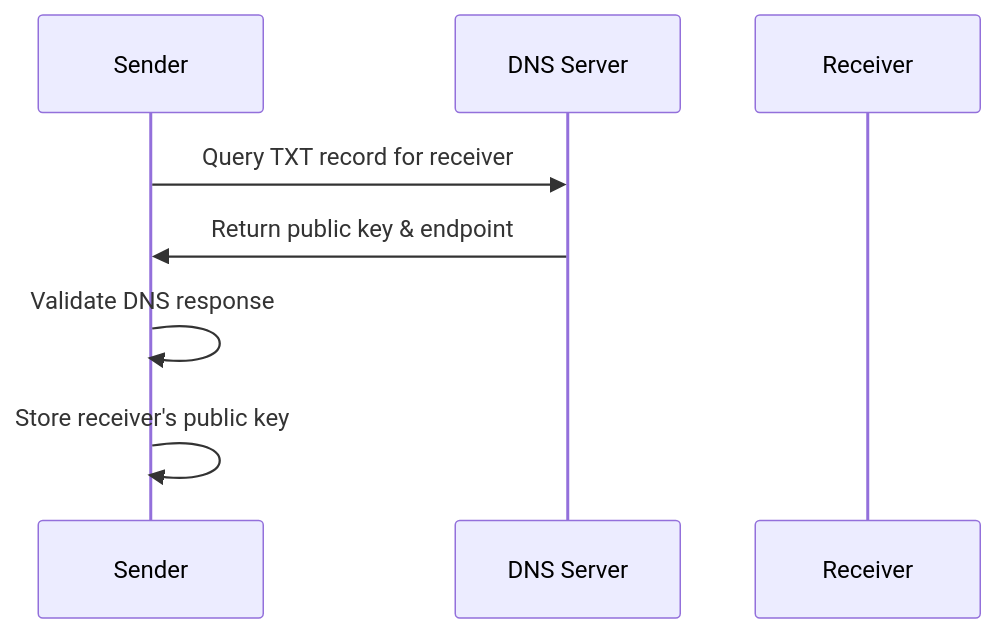
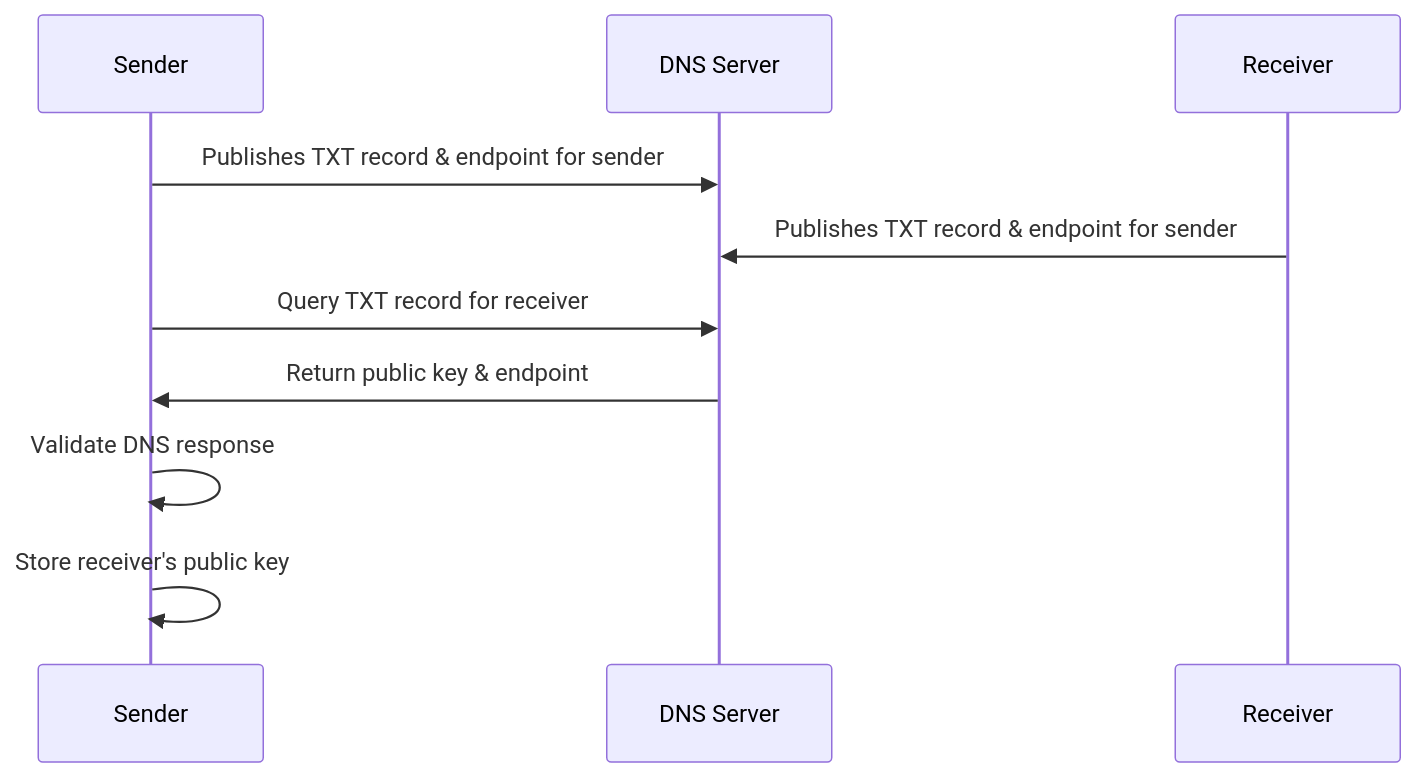
Before and after one commit to openbtps/btps-node: the second of 7 diagrams in docs/docusaurus/docs/protocol/messageFlow.md, drawn with Mermaid. The commit also changed other lines of this file and 28 other files, not shown here.

````diff
--- a/docs/docusaurus/docs/protocol/messageFlow.md
+++ b/docs/docusaurus/docs/protocol/messageFlow.md
@@ -111,11 +112,13 @@
 ```mermaid
 sequenceDiagram
     participant S as Sender
     participant DNS as DNS Server
     participant R as Receiver
     
+    S->>DNS: Publishes TXT record & endpoint for sender
+    R->>DNS: Publishes TXT record & endpoint for sender
     S->>DNS: Query TXT record for receiver
     DNS->>S: Return public key & endpoint
     S->>S: Validate DNS response
     S->>S: Store receiver's public key
 ```
````
